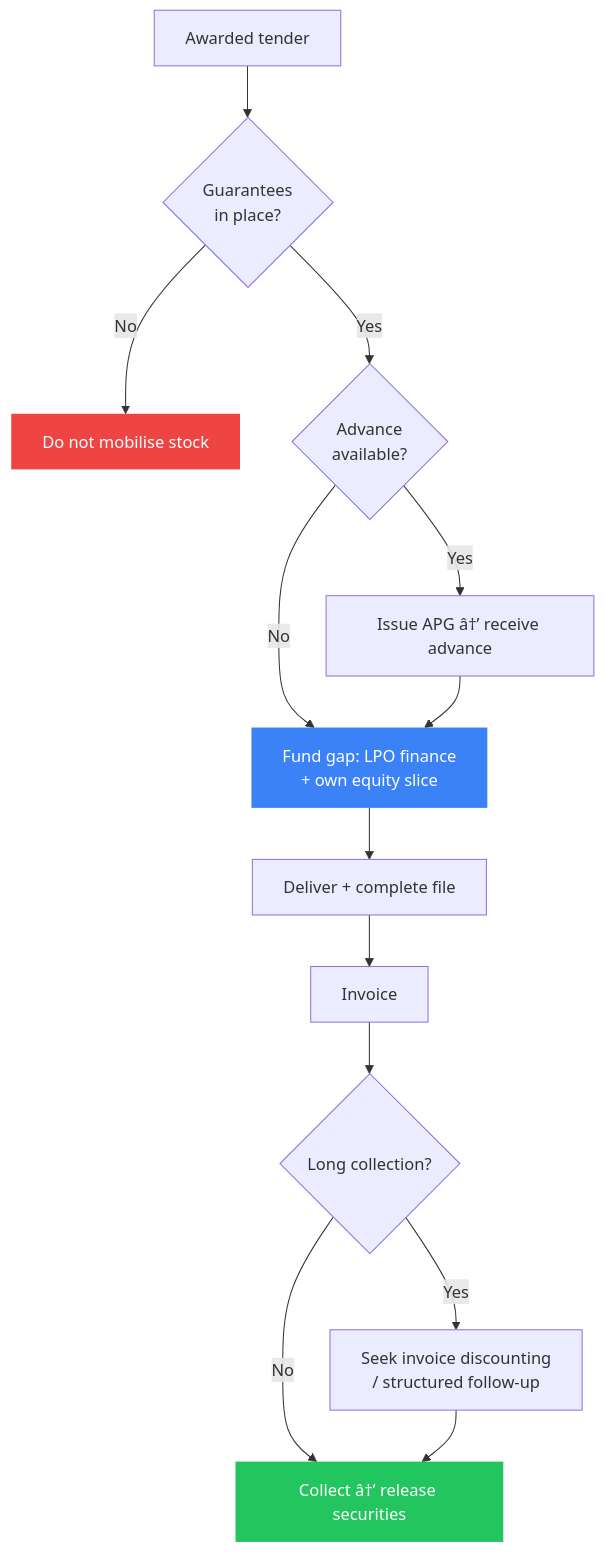
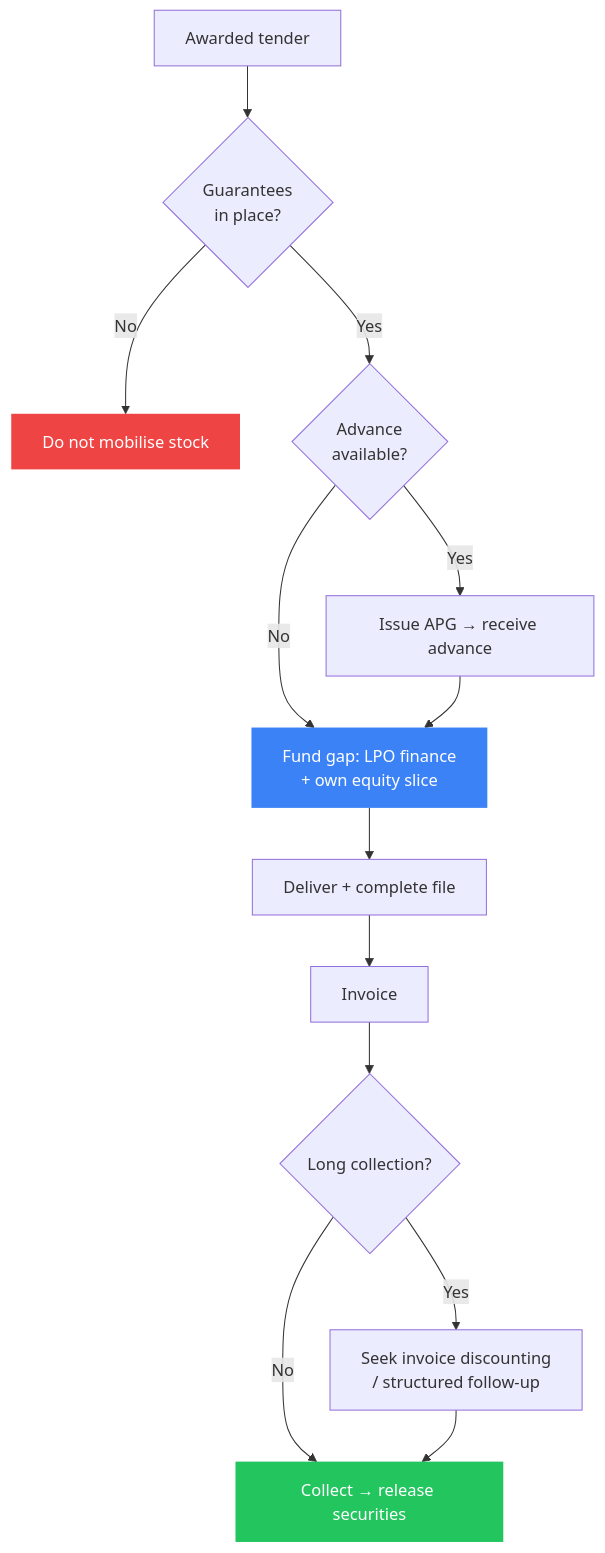
The second of 2 diagrams in Bengula-Jacob/content/business-trade/agpo-tender-cash-flow-kenya.md (bengula/BengulaLive), drawn with Mermaid before and after one commit. The commit also changed other lines of this file and 53 other files, not shown here.

````diff
--- a/Bengula-Jacob/content/business-trade/agpo-tender-cash-flow-kenya.md
+++ b/Bengula-Jacob/content/business-trade/agpo-tender-cash-flow-kenya.md
@@ -218,19 +218,19 @@
 ```mermaid
 flowchart TD
   Win["Awarded tender"] --> G{"Guarantees<br/>in place?"}
   G -->|No| Stop["Do not mobilise stock"]
   G -->|Yes| Adv{"Advance<br/>available?"}
-  Adv -->|Yes| APG["Issue APG â†’ receive advance"]
+  Adv -->|Yes| APG["Issue APG → receive advance"]
   Adv -->|No| Fund["Fund gap: LPO finance<br/>+ own equity slice"]
   APG --> Fund
   Fund --> Del["Deliver + complete file"]
   Del --> Inv["Invoice"]
   Inv --> Hand{"Long collection?"}
   Hand -->|Yes| Disc["Seek invoice discounting<br/>/ structured follow-up"]
-  Hand -->|No| Cash["Collect â†’ release securities"]
+  Hand -->|No| Cash["Collect → release securities"]
   Disc --> Cash
 
   style Stop fill:#ef4444,color:#fff,stroke:none
   style Cash fill:#22c55e,color:#fff,stroke:none
   style Fund fill:#3b82f6,color:#fff,stroke:none
 ```
````
